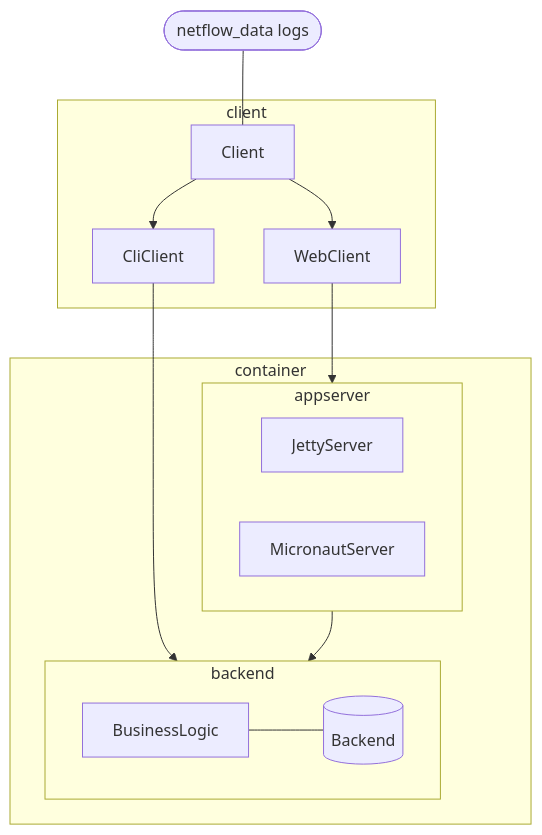
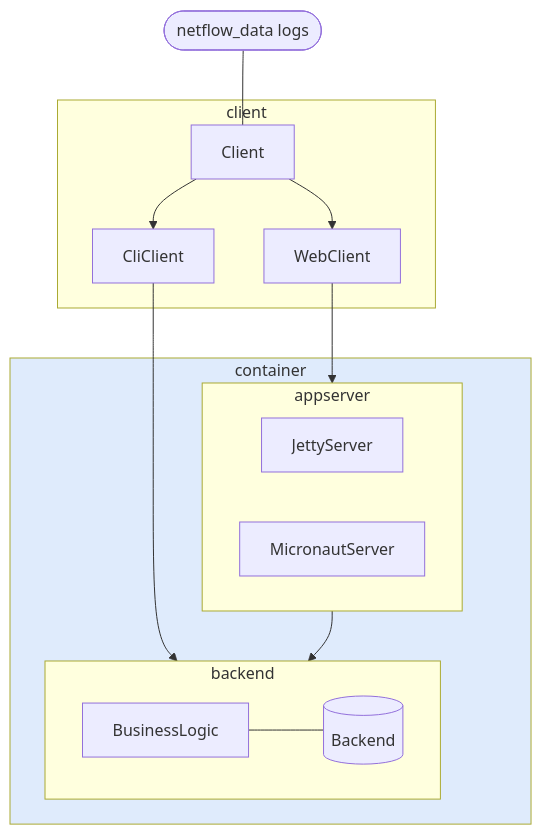
Before and after one commit to jaokim/inside-java-dumpster: the diagram in readme.md, drawn with Mermaid. The commit also changed other lines of this file, not shown here.

````diff
--- a/readme.md
+++ b/readme.md
@@ -14,26 +14,28 @@
 ```mermaid
 flowchart TD
   nf([netflow_data logs]) --- Client
   WebClient --> appserver
   CliClient --> backend
   subgraph client
     Client --> WebClient
     Client --> CliClient
   end
   subgraph container
   subgraph appserver
     JettyServer
     MicronautServer
   end
   appserver --> backend
   subgraph backend
     BusinessLogic --- bd[(Backend)]
   end
   end
+  style container fill:#1f6feb24
   click Client "https://github.com/jaokim/inside-java-dumpster/tree/main/Client"
   click WebClient "https://github.com/jaokim/inside-java-dumpster/tree/main/WebClient"
   click CliClient "https://github.com/jaokim/inside-java-dumpster/tree/main/CliClient"
   click BusinessLogic "https://github.com/jaokim/inside-java-dumpster/tree/main/BusinessLogic"
+  click Backend "https://github.com/jaokim/inside-java-dumpster/tree/main/Backend"
   click MicronautServer "https://github.com/jaokim/inside-java-dumpster/tree/main/MicronautServer"
   click JettyServer "https://github.com/jaokim/inside-java-dumpster/tree/main/JettyServer"
 ```
````
